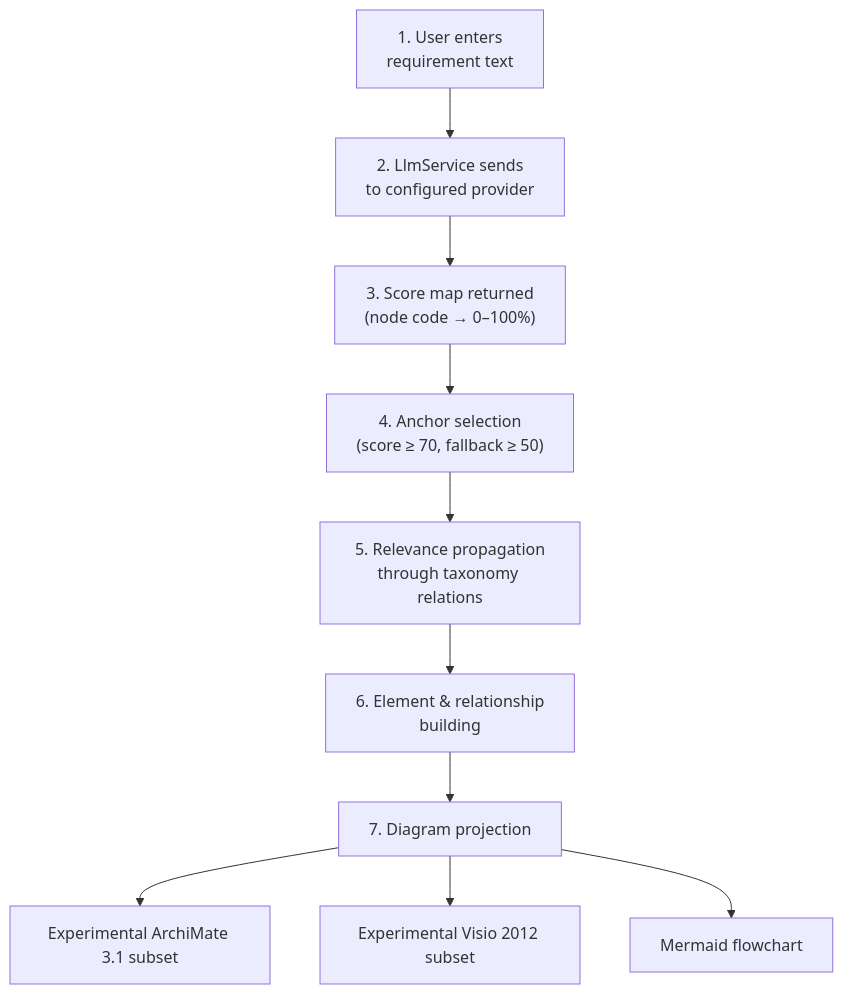
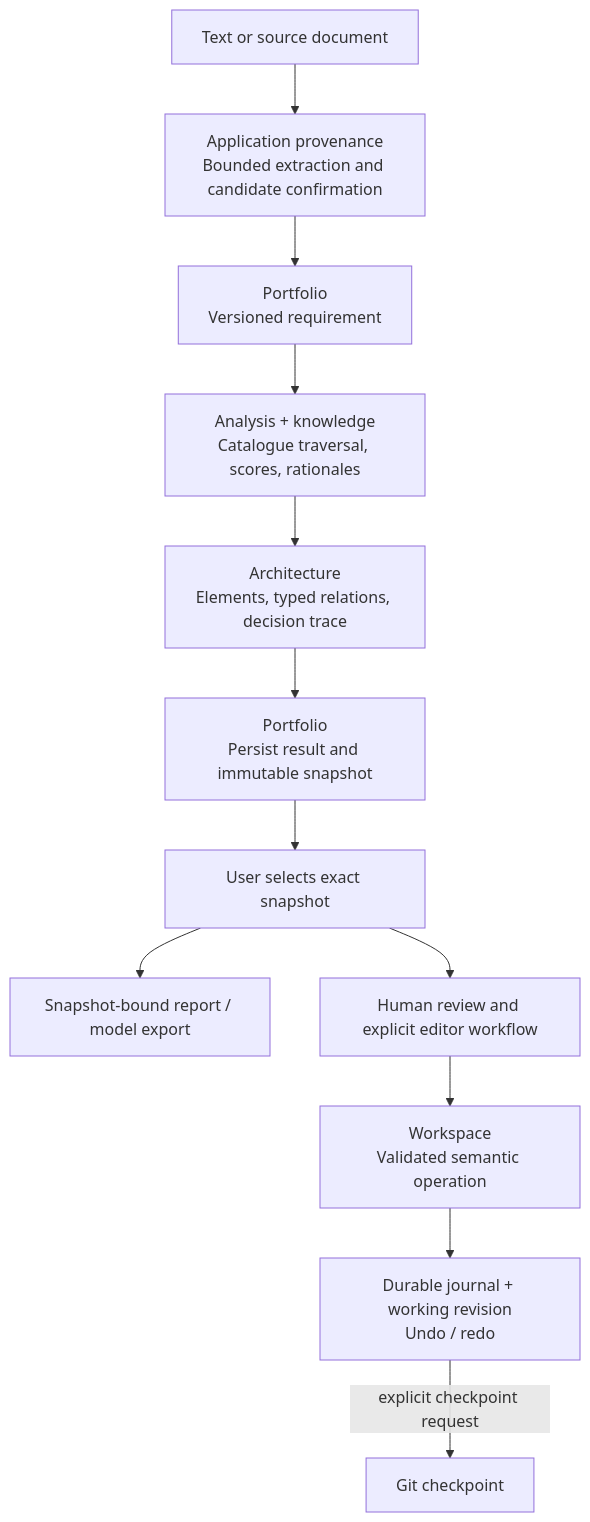
Before and after one commit to carstenartur/Taxonomy: the third of 4 diagrams in docs/en/ARCHITECTURE.md, drawn with Mermaid. The commit also changed other lines of this file and 8 other files, not shown here.

First line of the commit message:
docs: explain current application architecture and check diagram consistency

````diff
--- a/docs/en/ARCHITECTURE.md
+++ b/docs/en/ARCHITECTURE.md
@@ -120,12 +152,14 @@
 ```mermaid
-flowchart TD
-    A["1. User enters<br/>requirement text"] --> B["2. LlmService sends<br/>to configured provider"]
-    B --> C["3. Score map returned<br/>(node code → 0–100%)"]
-    C --> D["4. Anchor selection<br/>(score ≥ 70, fallback ≥ 50)"]
-    D --> E["5. Relevance propagation<br/>through taxonomy relations"]
-    E --> F["6. Element & relationship<br/>building"]
-    F --> G["7. Diagram projection"]
-    G --> H1["Experimental ArchiMate 3.1 subset"]
-    G --> H2["Experimental Visio 2012 subset"]
-    G --> H3["Mermaid flowchart"]
+flowchart TB
+    Input["Text or source document"] --> Provenance["Application provenance<br/>Bounded extraction and candidate confirmation"]
+    Provenance --> Requirement["Portfolio<br/>Versioned requirement"]
+    Requirement --> Analyse["Analysis + knowledge<br/>Catalogue traversal, scores, rationales"]
+    Analyse --> Derive["Architecture<br/>Elements, typed relations, decision trace"]
+    Derive --> Snapshot["Portfolio<br/>Persist result and immutable snapshot"]
+    Snapshot --> Select["User selects exact snapshot"]
+    Select --> Export["Snapshot-bound report / model export"]
+    Select --> Review["Human review and explicit editor workflow"]
+    Review --> Edit["Workspace<br/>Validated semantic operation"]
+    Edit --> Revision["Durable journal + working revision<br/>Undo / redo"]
+    Revision -->|explicit checkpoint request| Checkpoint["Git checkpoint"]
 ```
````
